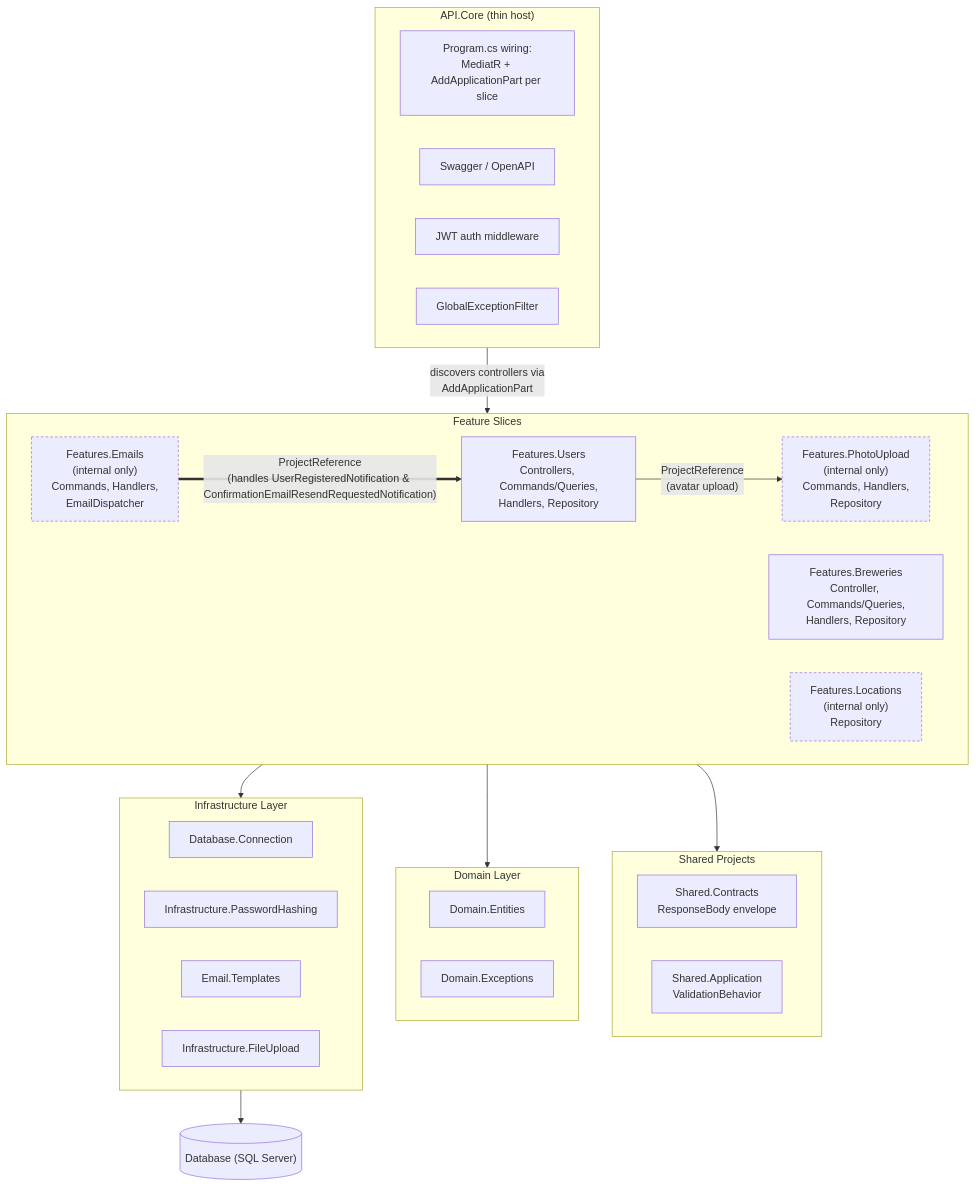
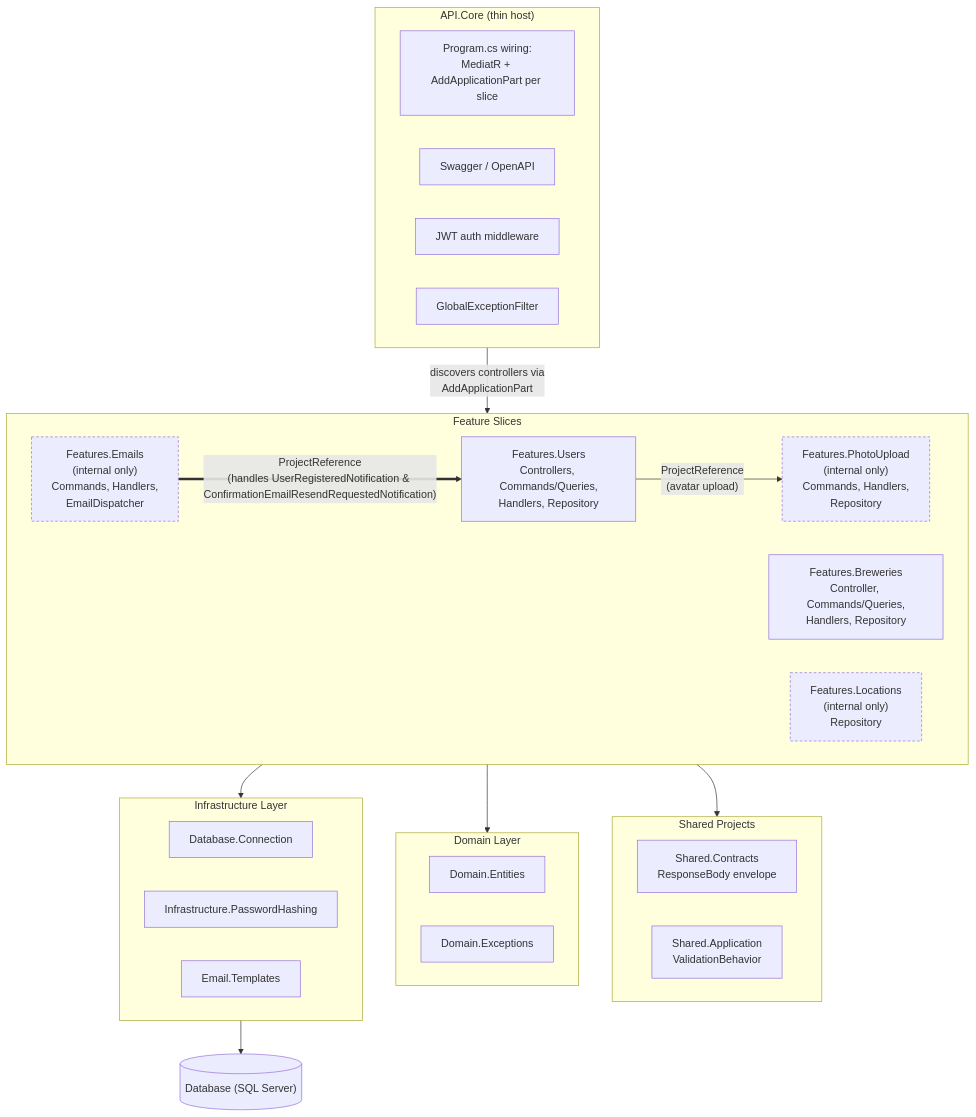
One commit to aaronpo97/the-biergarten-app changed the first of 2 diagrams in docs/web/architecture.md. Above: the diagram before and after it, drawn with Mermaid. The commit also changed other lines of this file and 17 other files, not shown here.

Commit message:
Move Infrastructure.FileUpload into Features.PhotoUpload (#290)

````diff
--- a/docs/web/architecture.md
+++ b/docs/web/architecture.md
@@ -58,55 +58,54 @@
 ```mermaid
 flowchart TB
     subgraph HOST["API.Core (thin host)"]
         direction LR
         H1["Program.cs wiring:<br/>MediatR + AddApplicationPart per slice"]
         H2["Swagger / OpenAPI"]
         H3["JWT auth middleware"]
         H4["GlobalExceptionFilter"]
     end
 
     subgraph SLICES["Feature Slices"]
         direction LR
         S1["Features.Users<br/>Controllers, Commands/Queries,<br/>Handlers, Repository"]
         S2["Features.Breweries<br/>Controller, Commands/Queries,<br/>Handlers, Repository"]
         S3["Features.Emails<br/>(internal only)<br/>Commands, Handlers,<br/>EmailDispatcher"]
         S4["Features.Locations<br/>(internal only)<br/>Repository"]
         S5["Features.PhotoUpload<br/>(internal only)<br/>Commands, Handlers,<br/>Repository"]
     end
 
     subgraph SHARED["Shared Projects"]
         direction LR
         SH1["Shared.Contracts<br/>ResponseBody envelope"]
         SH2["Shared.Application<br/>ValidationBehavior"]
     end
 
     subgraph DOMAIN["Domain Layer"]
         direction LR
         D1["Domain.Entities"]
         D2["Domain.Exceptions"]
     end
 
     subgraph INFRA["Infrastructure Layer"]
         direction LR
         I1["Database.Connection"]
         I3["Infrastructure.PasswordHashing"]
         I4["Email.Templates"]
-        I5["Infrastructure.FileUpload"]
     end
 
     DB[("Database (SQL Server)")]
 
     HOST -- "discovers controllers via<br/>AddApplicationPart" --> SLICES
     S3 == "ProjectReference<br/>(handles UserRegisteredNotification & ConfirmationEmailResendRequestedNotification)" ==> S1
     S1 -- "ProjectReference<br/>(avatar upload)" --> S5
 
     SLICES --> SHARED
     SLICES --> DOMAIN
     SLICES --> INFRA
 
     INFRA --> DB
 
     style S3 stroke-dasharray: 4 3
     style S4 stroke-dasharray: 4 3
     style S5 stroke-dasharray: 4 3
 ```
````
